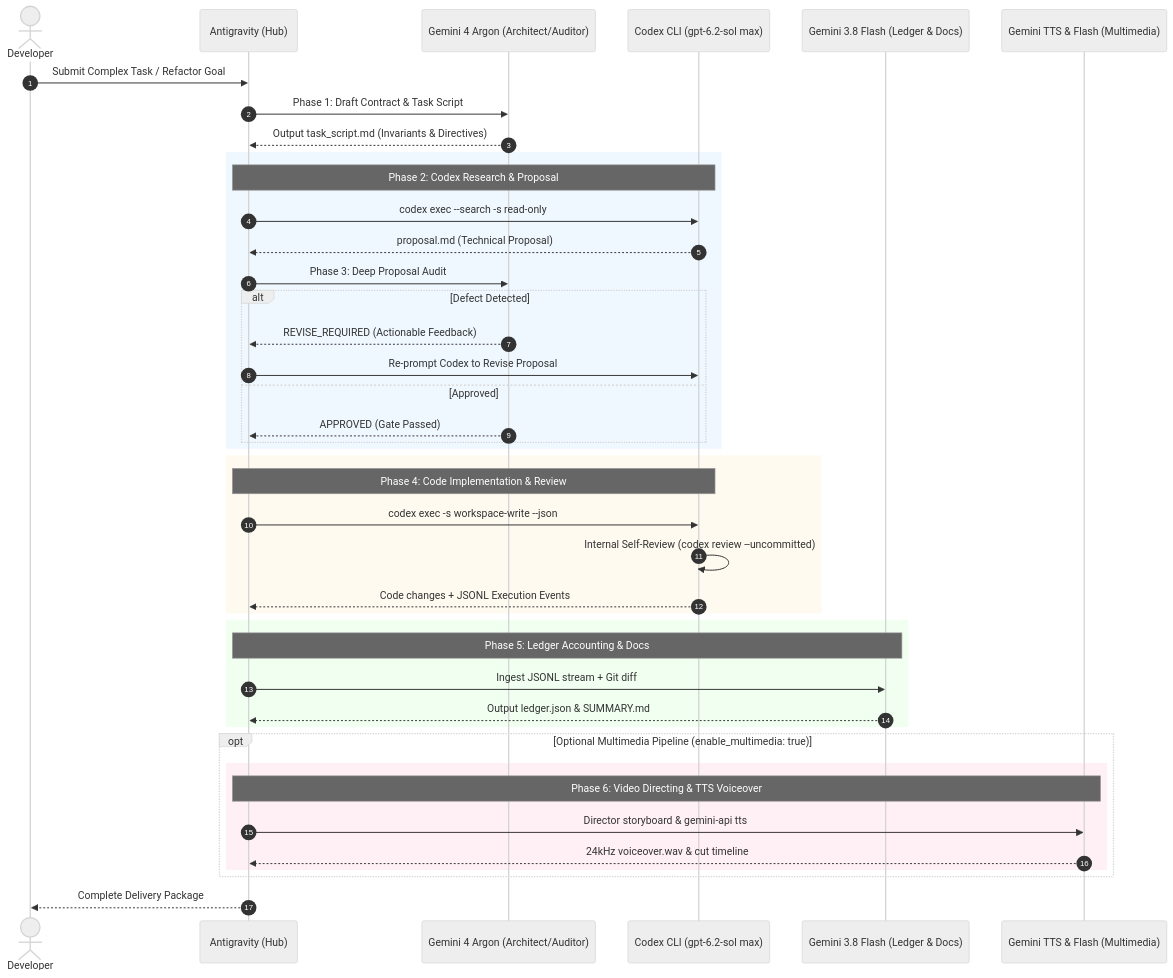
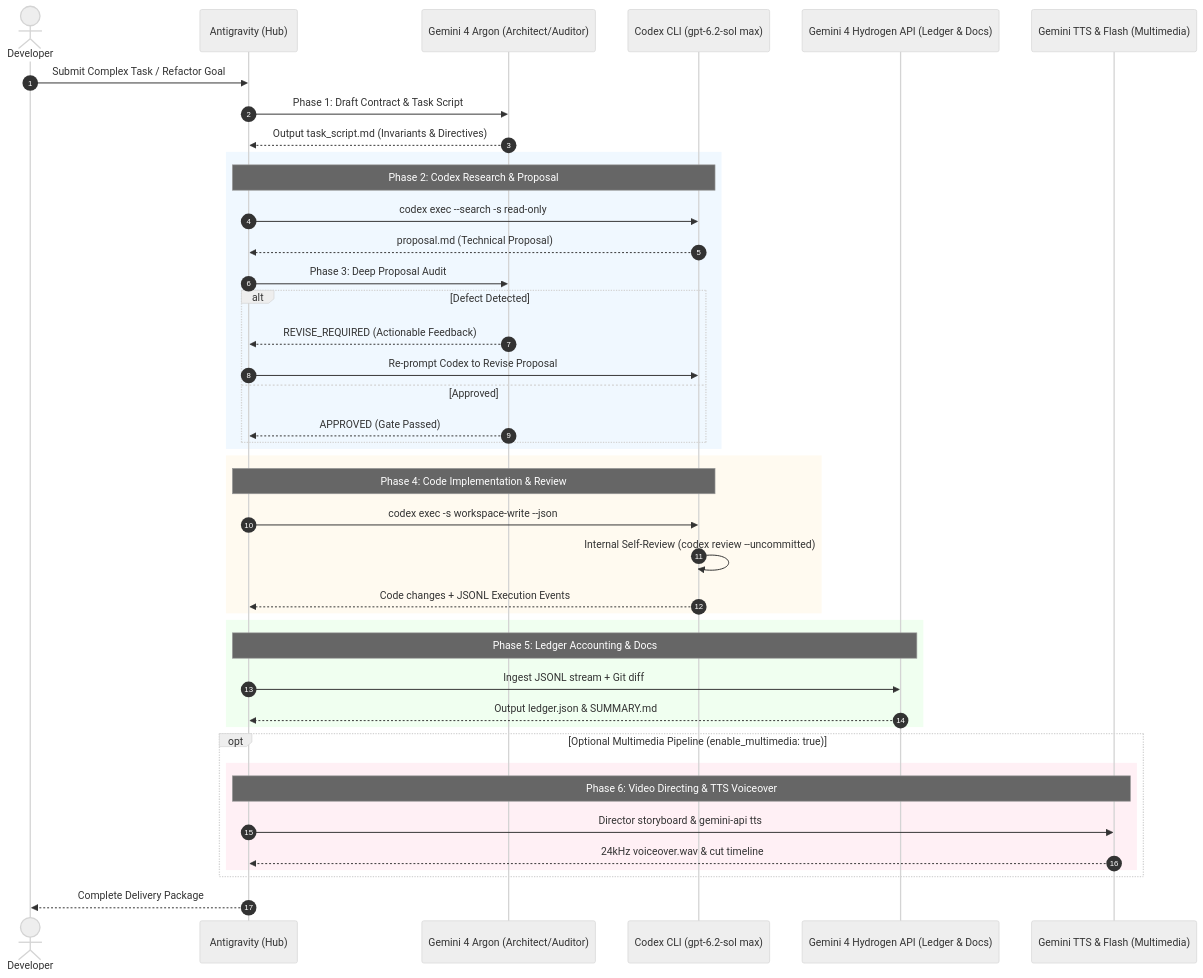
Before and after one commit to TardisBooo/antigravity-codex-orchestrator: the diagram in README.md, drawn with Mermaid (neutral theme). The commit also changed other lines of this file and 6 other files, not shown here.

Commit message:
feat: run playbook Phase 5 (ledger/docs) on Gemini 4 Hydrogen via key-file API; add hydrogen_call.py with selftest and retry

````diff
--- a/README.md
+++ b/README.md
@@ -38,50 +38,50 @@
 ```mermaid
 sequenceDiagram
     autonumber
     actor User as Developer
     participant AGY as Antigravity (Hub)
     participant Argon as Gemini 4 Argon (Architect/Auditor)
     participant Codex as Codex CLI (gpt-6.2-sol max)
-    participant Flash as Gemini 3.8 Flash (Ledger & Docs)
+    participant Flash as Gemini 4 Hydrogen API (Ledger & Docs)
     participant Media as Gemini TTS & Flash (Multimedia)
 
     User->>AGY: Submit Complex Task / Refactor Goal
     AGY->>Argon: Phase 1: Draft Contract & Task Script
     Argon-->>AGY: Output task_script.md (Invariants & Directives)
 
     rect rgb(240, 248, 255)
     Note over AGY, Codex: Phase 2: Codex Research & Proposal
     AGY->>Codex: codex exec --search -s read-only
     Codex-->>AGY: proposal.md (Technical Proposal)
     AGY->>Argon: Phase 3: Deep Proposal Audit
     alt Defect Detected
         Argon-->>AGY: REVISE_REQUIRED (Actionable Feedback)
         AGY->>Codex: Re-prompt Codex to Revise Proposal
     else Approved
         Argon-->>AGY: APPROVED (Gate Passed)
     end
     end
 
     rect rgb(255, 250, 240)
     Note over AGY, Codex: Phase 4: Code Implementation & Review
     AGY->>Codex: codex exec -s workspace-write --json
     Codex->>Codex: Internal Self-Review (codex review --uncommitted)
     Codex-->>AGY: Code changes + JSONL Execution Events
     end
 
     rect rgb(240, 255, 240)
     Note over AGY, Flash: Phase 5: Ledger Accounting & Docs
     AGY->>Flash: Ingest JSONL stream + Git diff
     Flash-->>AGY: Output ledger.json & SUMMARY.md
     end
 
     opt Optional Multimedia Pipeline (enable_multimedia: true)
     rect rgb(255, 240, 245)
     Note over AGY, Media: Phase 6: Video Directing & TTS Voiceover
     AGY->>Media: Director storyboard & gemini-api tts
     Media-->>AGY: 24kHz voiceover.wav & cut timeline
     end
     end
 
     AGY-->>User: Complete Delivery Package
 ```
````
